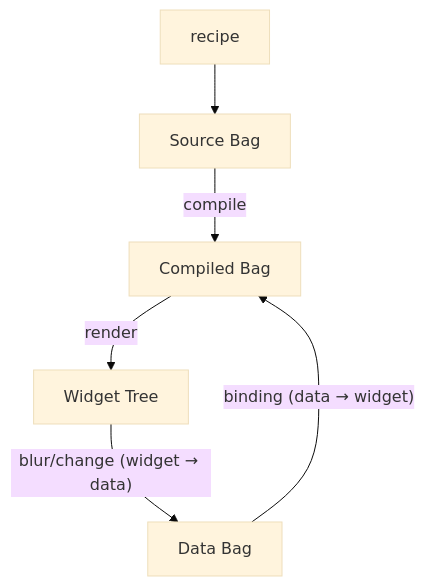
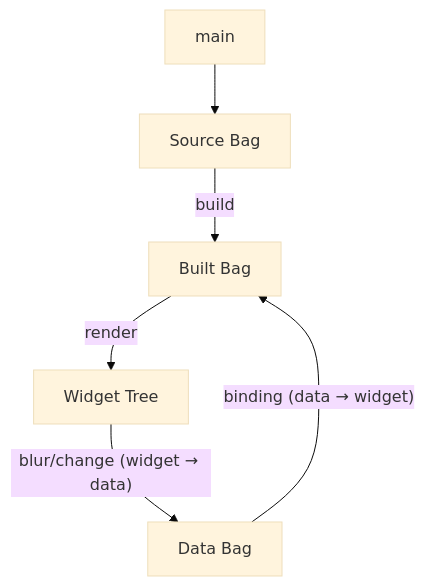
The diagram in docs/architecture.md (genropy/genro-textual), drawn with Mermaid (base theme) before and after one commit. The commit also changed other lines of this file and 29 other files, not shown here.

First line of the commit message:
refactor: align with genro-builders v0.12.0 BuilderManager architecture

````diff
--- a/docs/architecture.md
+++ b/docs/architecture.md
@@ -13,8 +13,8 @@
 ```mermaid
 graph TD
-    R[recipe] --> SB[Source Bag]
-    SB -->|compile| CB[Compiled Bag]
+    R[main] --> SB[Source Bag]
+    SB -->|build| CB[Built Bag]
     CB -->|render| WT[Widget Tree]
     DB[Data Bag] -->|"binding (data → widget)"| CB
     WT -->|"blur/change (widget → data)"| DB
 ```
````
